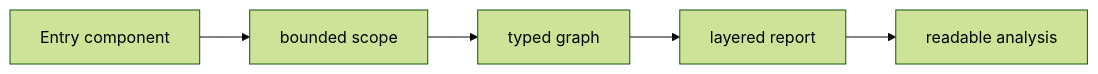
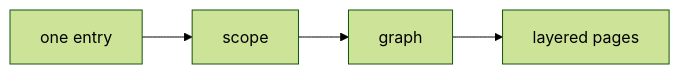
Before and after one commit to LouisMinato96/prism: the second of 3 diagrams in docs/analyze-roadmap.md, drawn with Mermaid (forest theme). The commit also changed other lines of this file and 3 other files, not shown here.

````diff
--- a/docs/analyze-roadmap.md
+++ b/docs/analyze-roadmap.md
@@ -9,7 +40,6 @@
 ```mermaid
 flowchart LR
-  Start["Entry component"] --> Scope["bounded scope"]
-  Scope --> Graph["typed graph"]
-  Graph --> Pages["layered report"]
-  Pages --> Human["readable analysis"]
+  Entry["one entry"] --> Scope["scope"]
+  Scope --> Graph["graph"]
+  Graph --> Pages["layered pages"]
 ```
````
